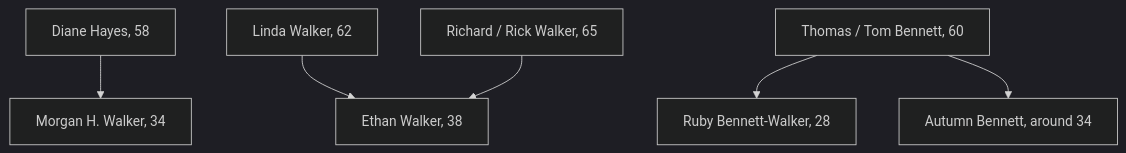
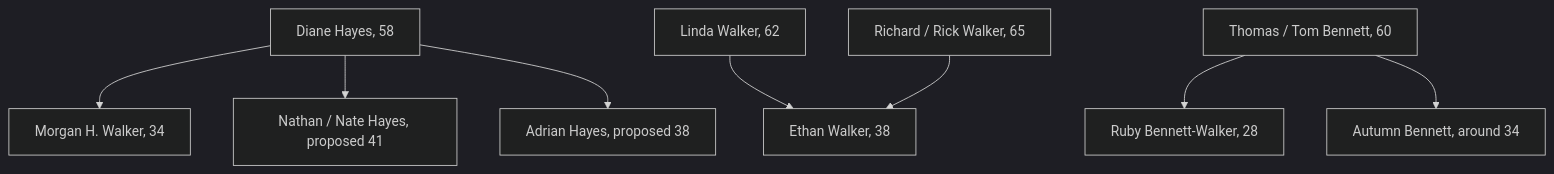
Before and after one commit to WasteOfADrumBum/reflections-manga: the second of 2 diagrams in characters/family-tree.md, drawn with Mermaid (dark theme). The commit also changed other lines of this file and 29 other files, not shown here.

Commit message:
Add Hayes brothers and track proposed family backstory

````diff
--- a/characters/family-tree.md
+++ b/characters/family-tree.md
@@ -64,8 +64,10 @@
 ```mermaid
 flowchart TB
   D["Diane Hayes, 58"] --> M["Morgan H. Walker, 34"]
+  D --> N["Nathan / Nate Hayes, proposed 41"]
+  D --> H["Adrian Hayes, proposed 38"]
   L["Linda Walker, 62"] --> E["Ethan Walker, 38"]
   K["Richard / Rick Walker, 65"] --> E
   T["Thomas / Tom Bennett, 60"] --> R["Ruby Bennett-Walker, 28"]
   T --> A["Autumn Bennett, around 34"]
 ```
````
